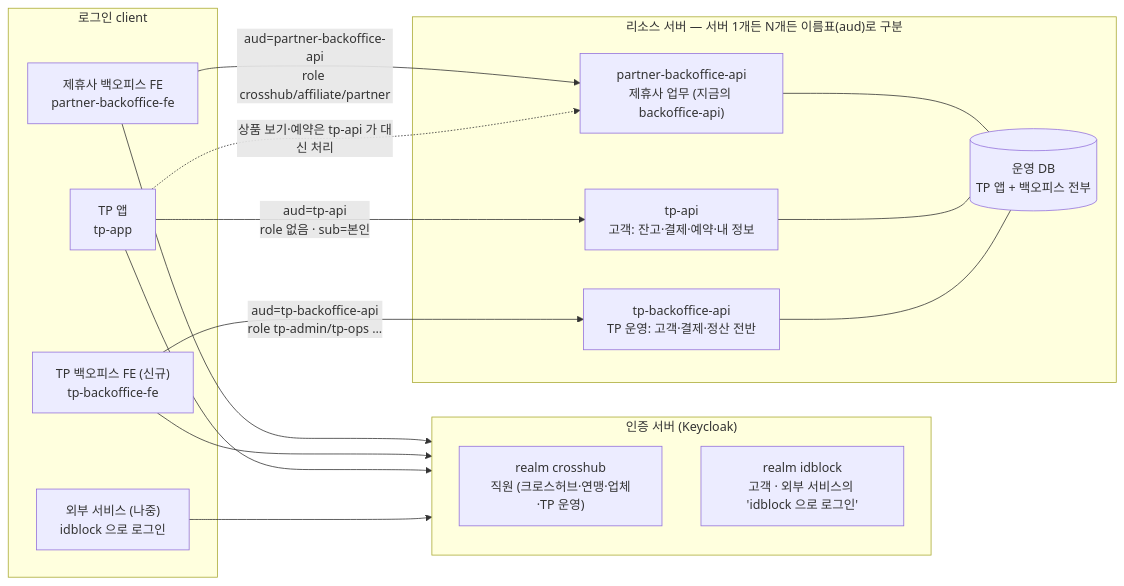
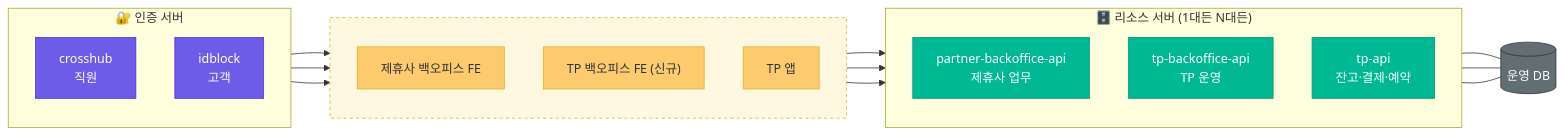
One commit to crosshub-poc-backoffice/travelpass-backoffice-BE changed the third of 3 diagrams in docs/architecture-overview.md. Above: the diagram before and after it, drawn with Mermaid. The commit also changed other lines of this file, not shown here.

````diff
--- a/docs/architecture-overview.md
+++ b/docs/architecture-overview.md
@@ -124,34 +64,38 @@
 ```mermaid
 flowchart LR
-  subgraph AUTH["인증 서버 (Keycloak)"]
+  subgraph KC["🔐 인증 서버"]
     direction TB
-    R1["realm crosshub<br/>직원 (크로스허브·연맹·업체·TP 운영)"]
-    R2["realm idblock<br/>고객 · 외부 서비스의 'idblock 으로 로그인'"]
+    R1["crosshub<br/>직원"]
+    R2["idblock<br/>고객"]
   end
+  subgraph CL[" "]
+    direction TB
+    PFE["제휴사 백오피스 FE"]
+    TFE["TP 백오피스 FE (신규)"]
+    APP["TP 앱"]
+  end
+  subgraph RS["🗄️ 리소스 서버 (1대든 N대든)"]
+    direction TB
+    PAPI["partner-backoffice-api<br/>제휴사 업무"]
+    OAPI["tp-backoffice-api<br/>TP 운영"]
+    TAPI["tp-api<br/>잔고·결제·예약"]
+  end
+  DB[("운영 DB")]
 
-  subgraph CLIENTS["로그인 client"]
-    PFE["제휴사 백오피스 FE<br/>partner-backoffice-fe"]
-    TFE["TP 백오피스 FE (신규)<br/>tp-backoffice-fe"]
-    APP["TP 앱<br/>tp-app"]
-    EXT["외부 서비스 (나중)<br/>idblock 으로 로그인"]
-  end
+  R1 --> PFE --> PAPI
+  R1 --> TFE --> OAPI
+  R2 --> APP --> TAPI
+  PAPI --- DB
+  OAPI --- DB
+  TAPI --- DB
 
-  subgraph RS["리소스 서버 — 서버 1개든 N개든 이름표(aud)로 구분"]
-    PAPI["partner-backoffice-api<br/>제휴사 업무 (지금의 backoffice-api)"]
-    TAPI["tp-api<br/>고객: 잔고·결제·예약·내 정보"]
-    OAPI["tp-backoffice-api<br/>TP 운영: 고객·결제·정산 전반"]
-    DB[("운영 DB<br/>TP 앱 + 백오피스 전부")]
-    PAPI --- DB
-    TAPI --- DB
-    OAPI --- DB
-  end
-
-  PFE --> R1
-  TFE --> R1
-  APP --> R2
-  EXT --> R2
-  PFE -- "aud=partner-backoffice-api<br/>role crosshub/affiliate/partner" --> PAPI
-  TFE -- "aud=tp-backoffice-api<br/>role tp-admin/tp-ops …" --> OAPI
-  APP -- "aud=tp-api<br/>role 없음 · sub=본인" --> TAPI
-  APP -. "상품 보기·예약은 tp-api 가 대신 처리" .-> PAPI
+  classDef auth fill:#6C5CE7,stroke:#4834d4,color:#fff
+  classDef app fill:#FDCB6E,stroke:#e1b12c,color:#2d3436
+  classDef rs fill:#00B894,stroke:#019875,color:#fff
+  classDef db fill:#636e72,stroke:#2d3436,color:#fff
+  class R1,R2 auth
+  class PFE,TFE,APP app
+  class PAPI,OAPI,TAPI rs
+  class DB db
+  style CL fill:#fff8e1,stroke:#e1b12c,stroke-dasharray:4
 ```
````
